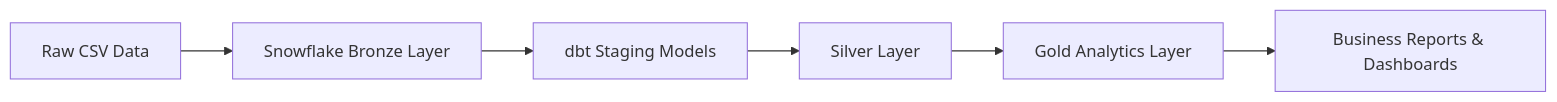
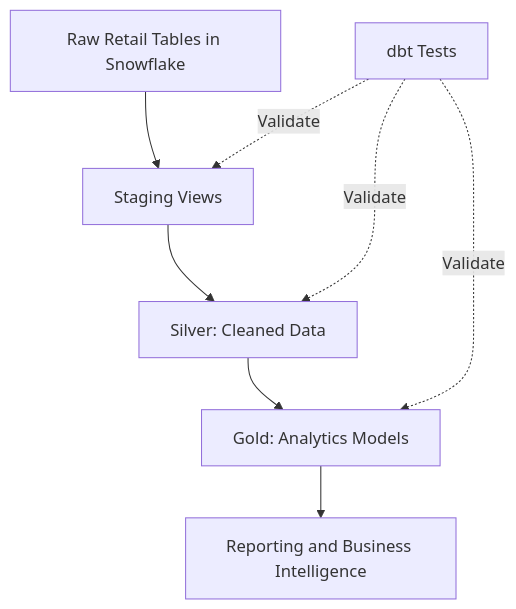
The diagram in README.md (Nachiketh-AE/retail-data-engineering-dbt-snowflake), drawn with Mermaid before and after one commit. The commit also changed other lines of this file, not shown here.

````diff
--- a/README.md
+++ b/README.md
@@ -68,13 +27,11 @@
 ```mermaid
-flowchart LR
+flowchart TD
+    A[Raw Retail Tables in Snowflake] --> B[Staging Views]
+    B --> C[Silver: Cleaned Data]
+    C --> D[Gold: Analytics Models]
+    D --> E[Reporting and Business Intelligence]
 
-A[Raw CSV Data] --> B[Snowflake Bronze Layer]
-
-B --> C[dbt Staging Models]
-
-C --> D[Silver Layer]
-
-D --> E[Gold Analytics Layer]
-
-E --> F[Business Reports & Dashboards]
+    F[dbt Tests] -. Validate .-> B
+    F -. Validate .-> C
+    F -. Validate .-> D
 ```
````
